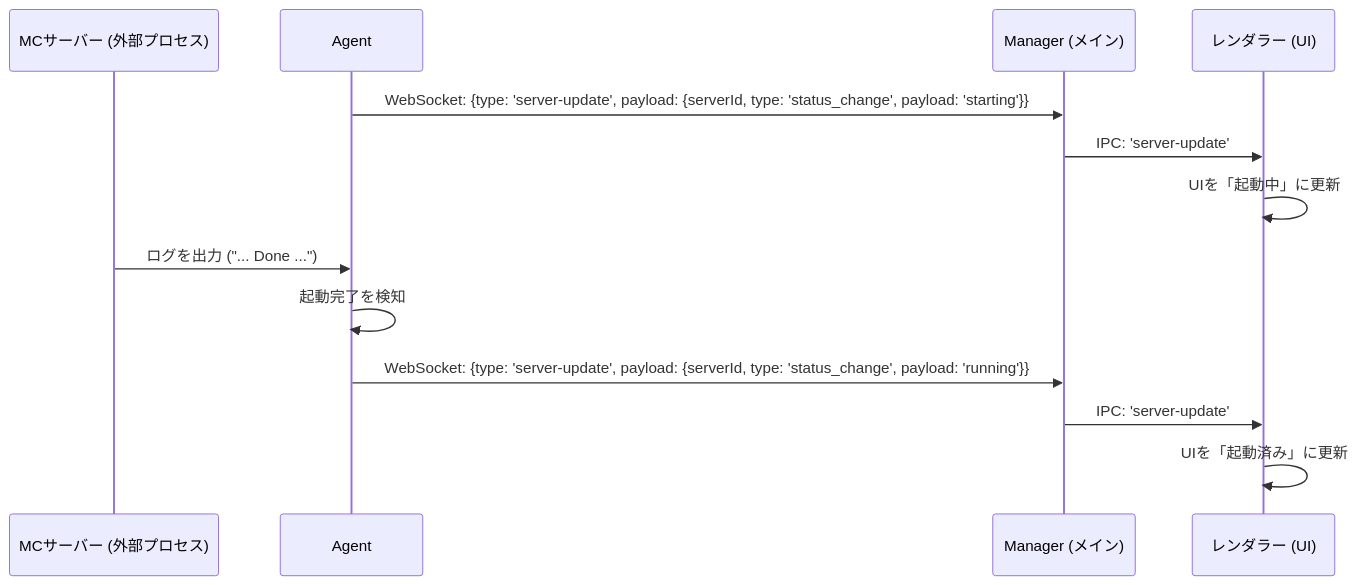
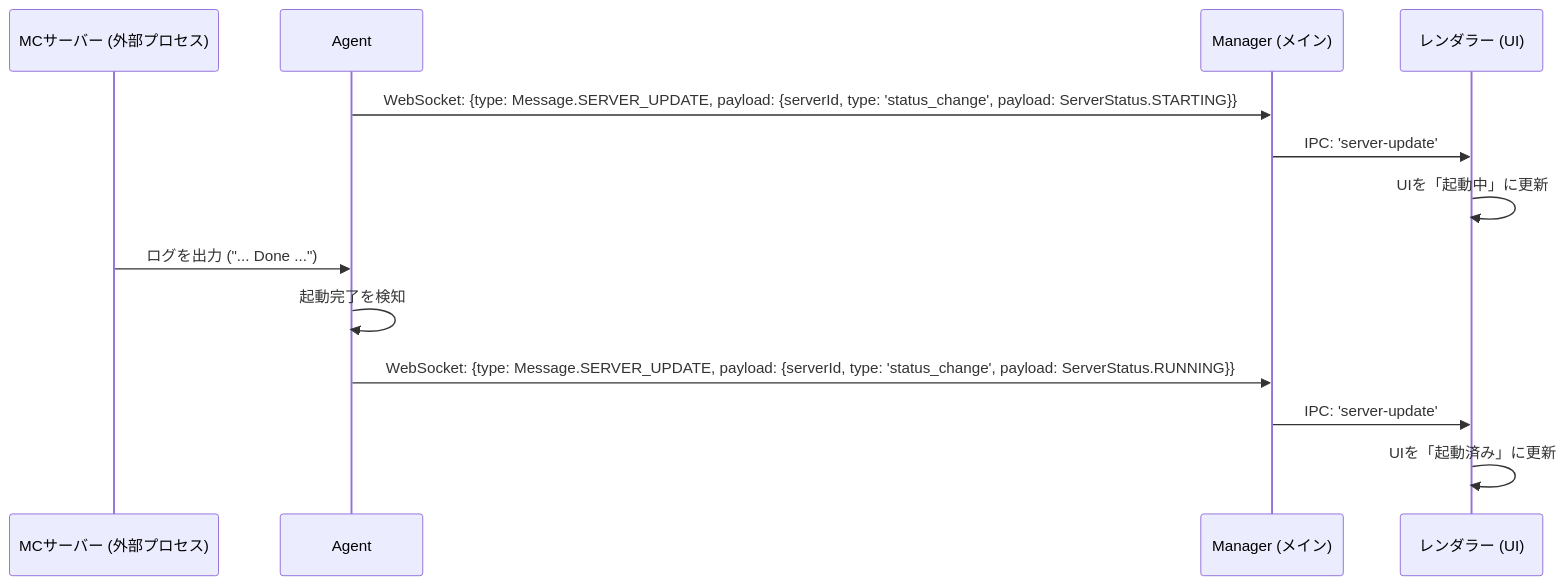
The third of 6 diagrams in markdown/docs/COMMUNICATION_FLOW.md (Nekolite-Studio/NL-ServerManager), drawn with Mermaid before and after one commit. The commit also changed other lines of this file and 24 other files, not shown here.

````diff
--- a/markdown/docs/COMMUNICATION_FLOW.md
+++ b/markdown/docs/COMMUNICATION_FLOW.md
@@ -77,17 +77,17 @@
 ```mermaid
 sequenceDiagram
     participant ServerProcess as MCサーバー (外部プロセス)
     participant Agent
     participant Main as Manager (メイン)
     participant Renderer as レンダラー (UI)
 
-    Agent->>Main: WebSocket: {type: 'server-update', payload: {serverId, type: 'status_change', payload: 'starting'}}
+    Agent->>Main: WebSocket: {type: Message.SERVER_UPDATE, payload: {serverId, type: 'status_change', payload: ServerStatus.STARTING}}
     Main->>Renderer: IPC: 'server-update'
     Renderer->>Renderer: UIを「起動中」に更新
     
     ServerProcess->>Agent: ログを出力 ("... Done ...")
     Agent->>Agent: 起動完了を検知
-    Agent->>Main: WebSocket: {type: 'server-update', payload: {serverId, type: 'status_change', payload: 'running'}}
+    Agent->>Main: WebSocket: {type: Message.SERVER_UPDATE, payload: {serverId, type: 'status_change', payload: ServerStatus.RUNNING}}
     Main->>Renderer: IPC: 'server-update'
     Renderer->>Renderer: UIを「起動済み」に更新
 ```
````
